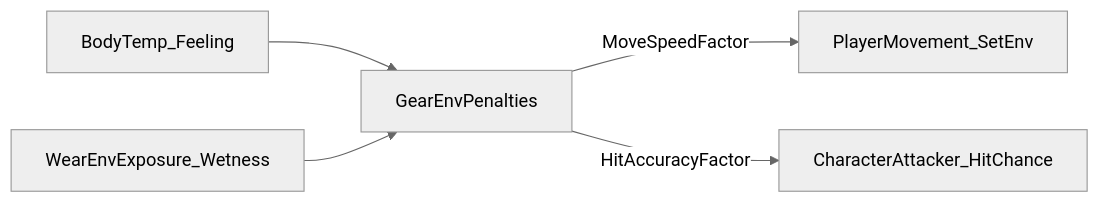
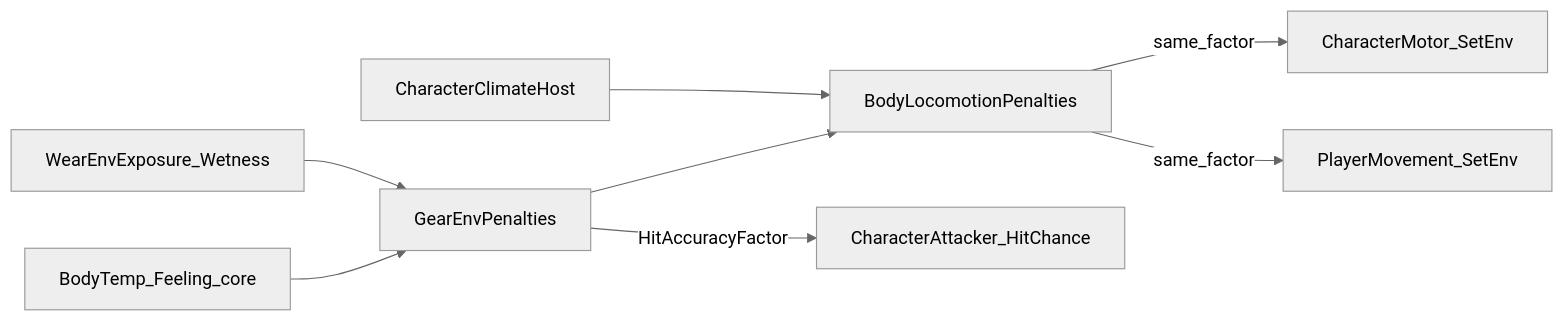
Before and after one commit to garunnir/Project_Pictureless: the sixth of 6 diagrams in docs/equipment/GEAR.md, drawn with Mermaid (neutral theme). The commit also changed other lines of this file and 42 other files, not shown here.

````diff
--- a/docs/equipment/GEAR.md
+++ b/docs/equipment/GEAR.md
@@ -481,12 +496,18 @@
 ```mermaid
 flowchart LR
-  feel[BodyTemp_Feeling]
+  feel[BodyTemp_Feeling_core]
   wet[WearEnvExposure_Wetness]
+  limp[BodyLocomotionPenalties]
   pen[GearEnvPenalties]
+  climate[CharacterClimateHost]
+  motor[CharacterMotor_SetEnv]
   move[PlayerMovement_SetEnv]
   hit[CharacterAttacker_HitChance]
   feel --> pen
   wet --> pen
-  pen -->|MoveSpeedFactor| move
+  pen --> limp
+  climate --> limp
+  limp -->|same_factor| motor
+  limp -->|same_factor| move
   pen -->|HitAccuracyFactor| hit
 ```
````
